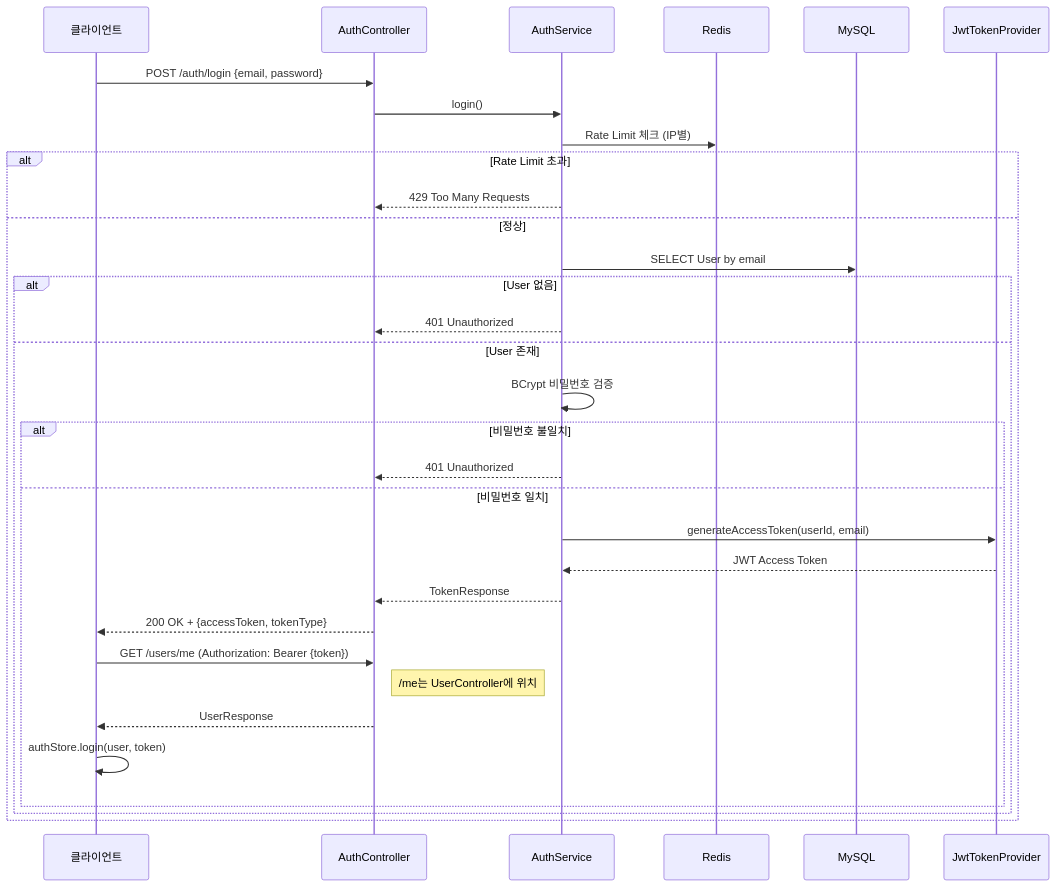
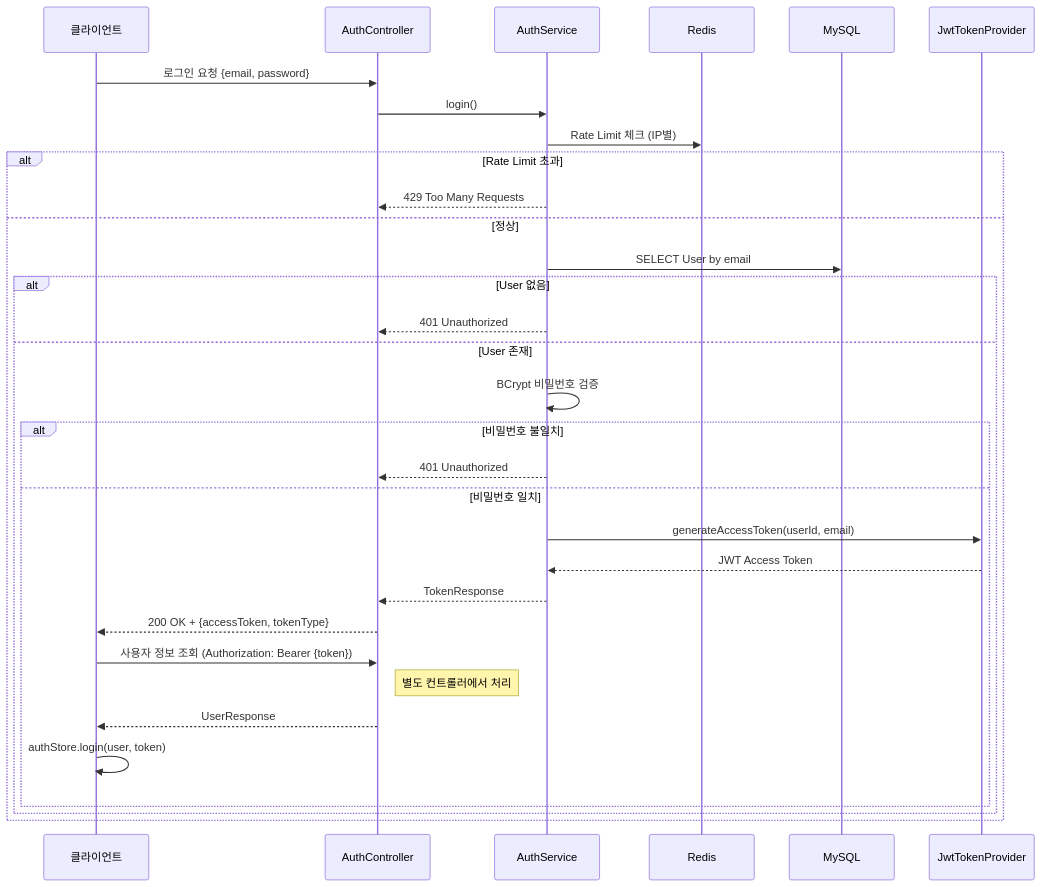
One commit to cherry-market/cherry-architecture changed the second of 5 diagrams in architecture/auth-domain.md. Above: the diagram before and after it, drawn with Mermaid. The commit also changed other lines of this file and 6 other files, not shown here.

````diff
--- a/architecture/auth-domain.md
+++ b/architecture/auth-domain.md
@@ -92,35 +92,35 @@
 ```mermaid
 sequenceDiagram
     participant C as 클라이언트
     participant API as AuthController
     participant SVC as AuthService
     participant Redis as Redis
     participant DB as MySQL
     participant JWT as JwtTokenProvider
 
-    C->>API: POST /auth/login {email, password}
+    C->>API: 로그인 요청 {email, password}
     API->>SVC: login()
     SVC->>Redis: Rate Limit 체크 (IP별)
     alt Rate Limit 초과
         SVC-->>API: 429 Too Many Requests
     else 정상
         SVC->>DB: SELECT User by email
         alt User 없음
             SVC-->>API: 401 Unauthorized
         else User 존재
             SVC->>SVC: BCrypt 비밀번호 검증
             alt 비밀번호 불일치
                 SVC-->>API: 401 Unauthorized
             else 비밀번호 일치
                 SVC->>JWT: generateAccessToken(userId, email)
                 JWT-->>SVC: JWT Access Token
                 SVC-->>API: TokenResponse
                 API-->>C: 200 OK + {accessToken, tokenType}
-                C->>API: GET /users/me (Authorization: Bearer {token})
-                Note right of API: /me는 UserController에 위치
+                C->>API: 사용자 정보 조회 (Authorization: Bearer {token})
+                Note right of API: 별도 컨트롤러에서 처리
                 API-->>C: UserResponse
                 C->>C: authStore.login(user, token)
             end
         end
     end
 ```
````
